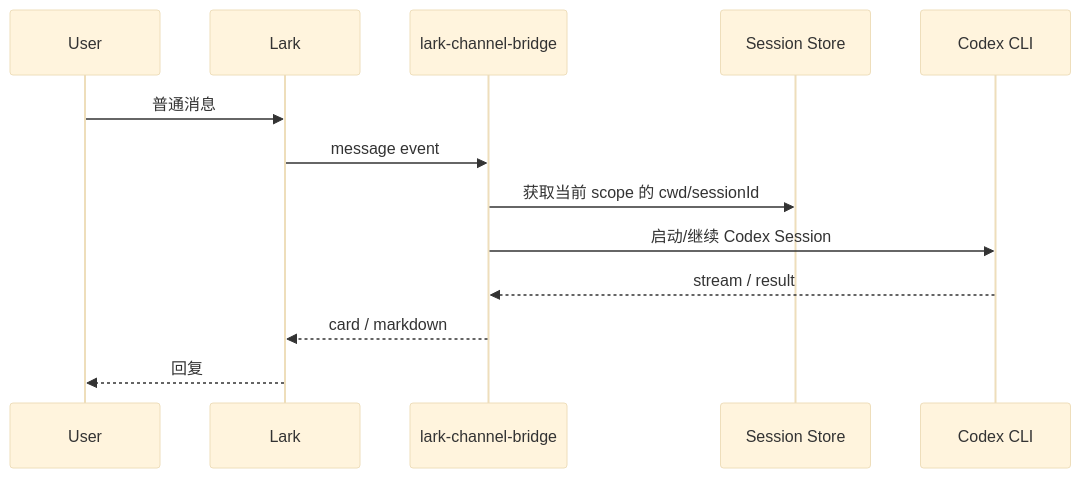
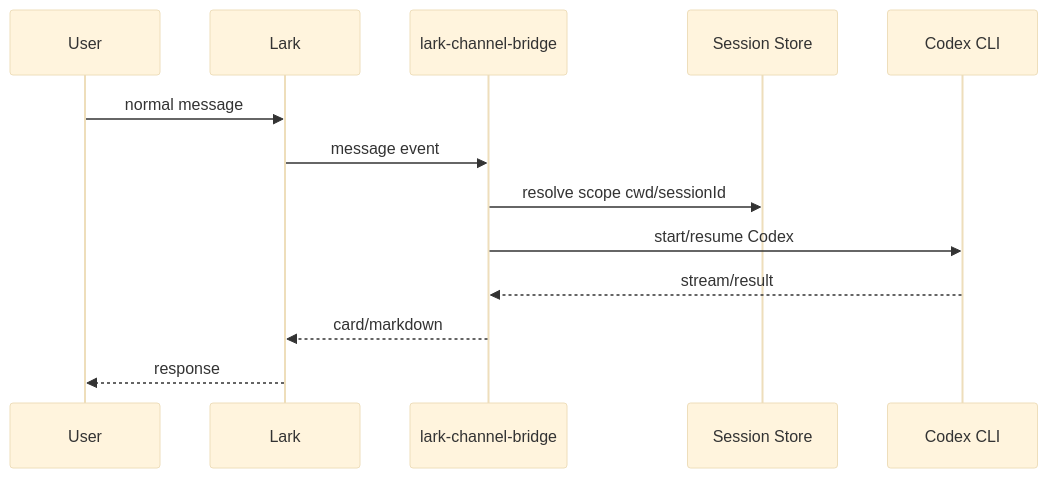
The first of 4 diagrams in local-docs/02-lark-bridge-codex-architecture.md (denven/lark-coding-agent-bridge), drawn with Mermaid (base theme) before and after one commit. The commit also changed other lines of this file and 18 other files, not shown here.

````diff
--- a/local-docs/02-lark-bridge-codex-architecture.md
+++ b/local-docs/02-lark-bridge-codex-architecture.md
@@ -56,16 +58,16 @@
 ```mermaid
 sequenceDiagram
     participant U as User
     participant L as Lark
     participant B as lark-channel-bridge
     participant S as Session Store
     participant C as Codex CLI
 
-    U->>L: 普通消息
+    U->>L: normal message
     L->>B: message event
-    B->>S: 获取当前 scope 的 cwd/sessionId
-    B->>C: 启动/继续 Codex Session
-    C-->>B: stream / result
-    B-->>L: card / markdown
-    L-->>U: 回复
+    B->>S: resolve scope cwd/sessionId
+    B->>C: start/resume Codex
+    C-->>B: stream/result
+    B-->>L: card/markdown
+    L-->>U: response
 ```
````
